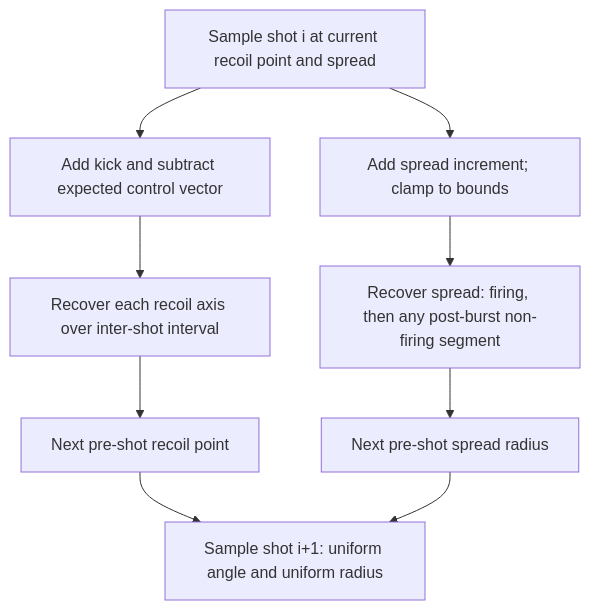
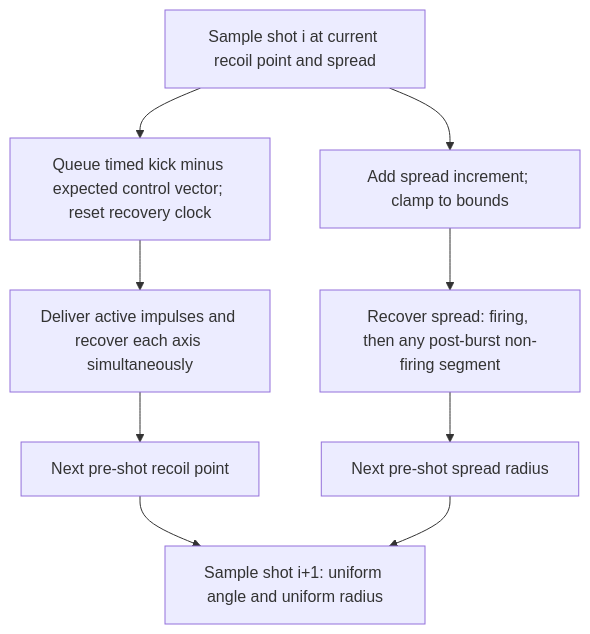
The diagram in docs/RECOIL_SPREAD_MODEL.md (raymdl/BF6-Weapon-Analyzer), drawn with Mermaid before and after one commit. The commit also changed other lines of this file and 24 other files, not shown here.

Commit message:
Model timed recoil and use stored moving ADS spread (#23)

````diff
--- a/docs/RECOIL_SPREAD_MODEL.md
+++ b/docs/RECOIL_SPREAD_MODEL.md
@@ -21,11 +22,11 @@
 ```mermaid
 flowchart TD
-    START["Sample shot i at current recoil point and spread"] --> KICK["Add kick and subtract expected control vector"]
-    KICK --> DECAY["Recover each recoil axis over inter-shot interval"]
+    START["Sample shot i at current recoil point and spread"] --> KICK["Queue timed kick minus expected control vector; reset recovery clock"]
+    KICK --> DECAY["Deliver active impulses and recover each axis simultaneously"]
     START --> SPREAD["Add spread increment; clamp to bounds"]
     SPREAD --> RECOV["Recover spread: firing, then any post-burst non-firing segment"]
     DECAY --> CENTER["Next pre-shot recoil point"]
     RECOV --> RADIUS["Next pre-shot spread radius"]
     CENTER --> SAMPLE["Sample shot i+1: uniform angle and uniform radius"]
     RADIUS --> SAMPLE
 ```
````
